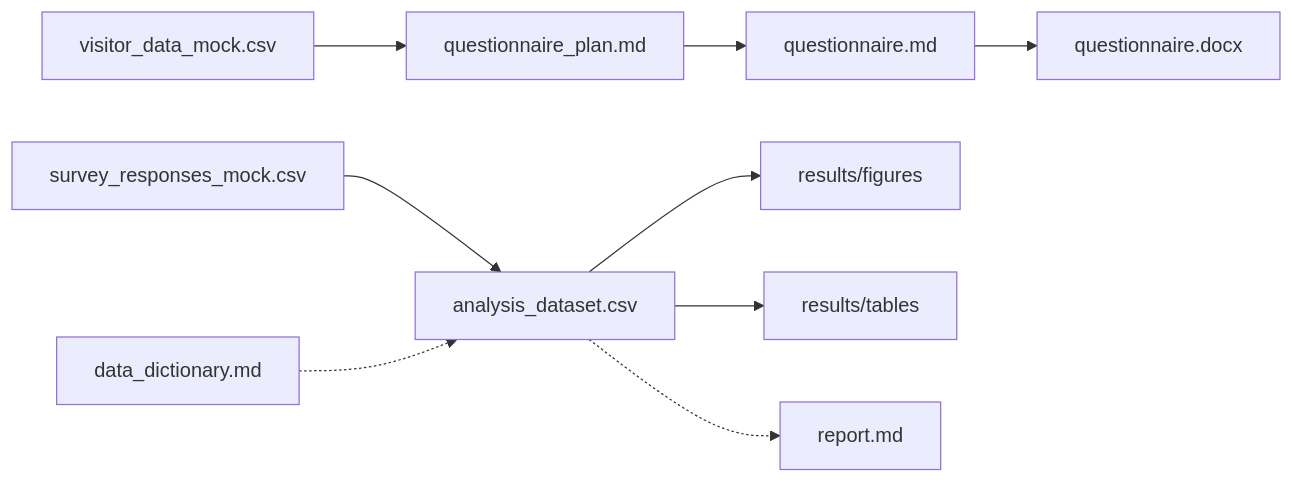
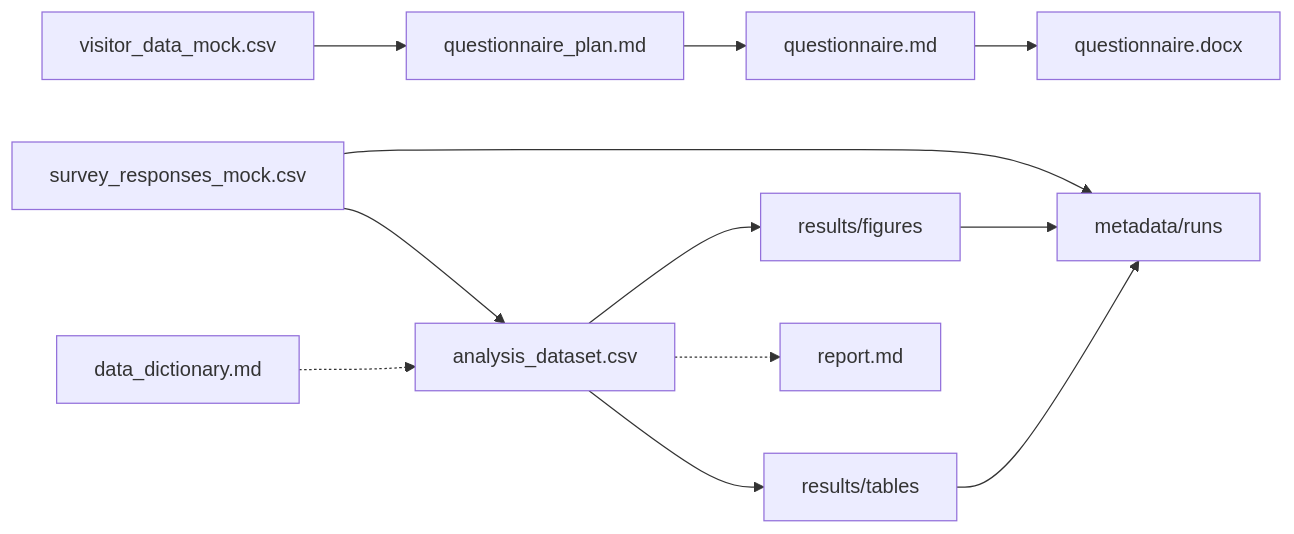
One commit to Umiyomi/lab_dx changed the diagram in mock_project/aquarium_and_romance/README.md. Above: the diagram before and after it, drawn with Mermaid. The commit also changed other lines of this file and 17 other files, not shown here.

````diff
--- a/mock_project/aquarium_and_romance/README.md
+++ b/mock_project/aquarium_and_romance/README.md
@@ -45,11 +45,14 @@
 ```mermaid
 flowchart LR
   visitor[visitor_data_mock.csv] --> plan[questionnaire_plan.md]
   plan --> qmd[questionnaire.md]
   qmd --> docx[questionnaire.docx]
   survey[survey_responses_mock.csv] --> processed[analysis_dataset.csv]
   processed --> figures[results/figures]
   processed --> tables[results/tables]
   dict[data_dictionary.md] -.-> processed
   processed -.-> report[report.md]
+  survey --> meta[metadata/runs]
+  figures --> meta
+  tables --> meta
 ```
````
